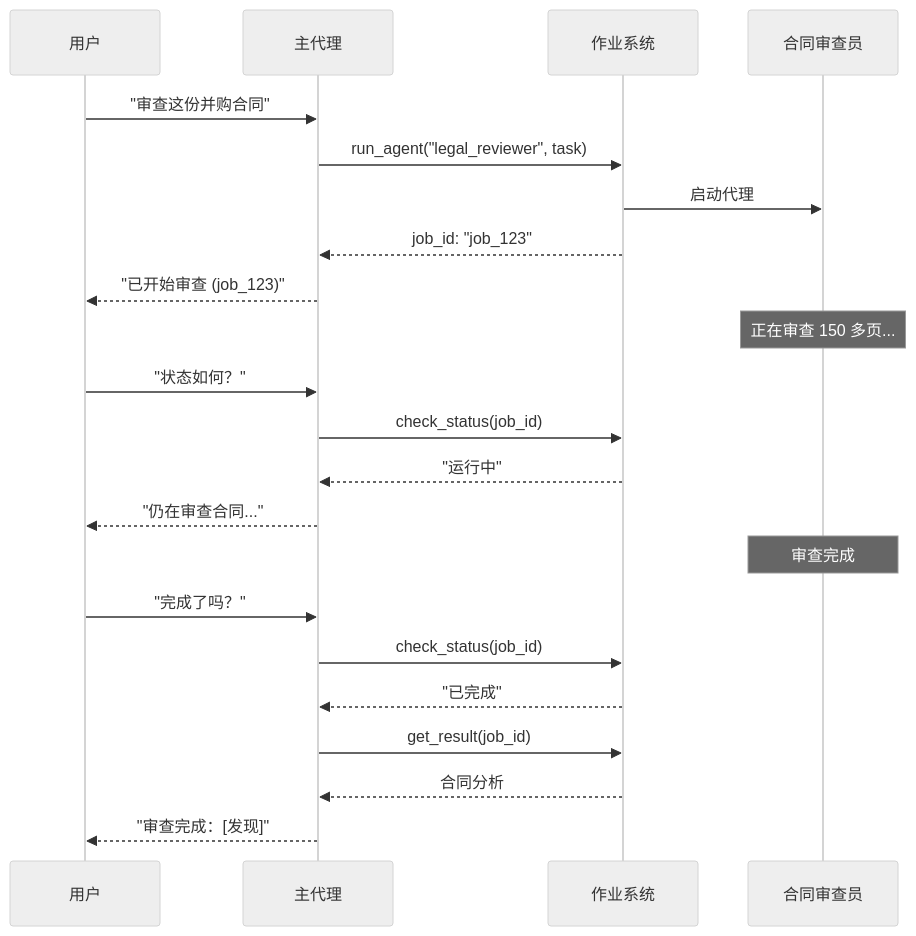
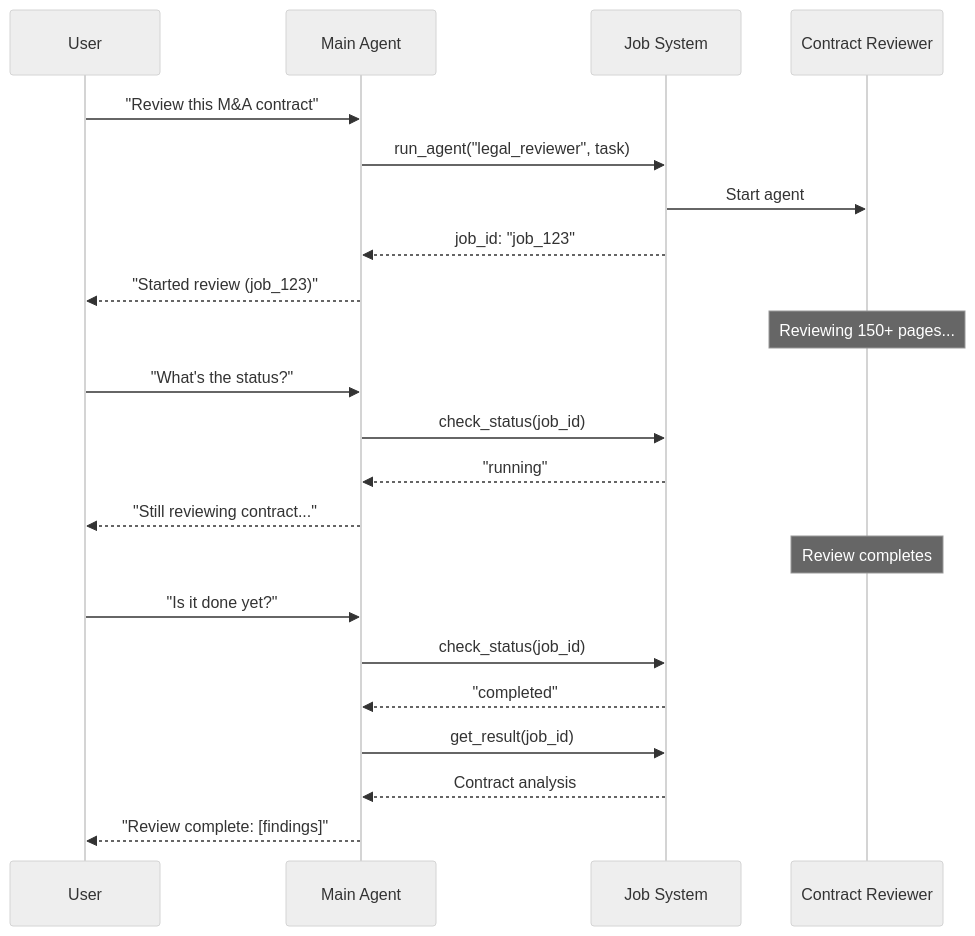
The third of 5 diagrams in oss/javascript/langchain/multi-agent/subagents.mdx (kunfan96/cndocs-langchain), drawn with Mermaid (neutral theme) before and after one commit. The commit also changed other lines of this file and 2538 other files, not shown here.

````diff
--- a/oss/javascript/langchain/multi-agent/subagents.mdx
+++ b/oss/javascript/langchain/multi-agent/subagents.mdx
@@ -139,29 +141,29 @@
 ```mermaid
 sequenceDiagram
-    participant 用户
-    participant 主代理
-    participant 作业系统
-    participant 合同审查员
+    participant User
+    participant Main Agent
+    participant Job System
+    participant Contract Reviewer
 
-    用户->>主代理: "审查这份并购合同"
-    主代理->>作业系统: run_agent("legal_reviewer", task)
-    作业系统->>合同审查员: 启动代理
-    作业系统-->>主代理: job_id: "job_123"
-    主代理-->>用户: "已开始审查 (job_123)"
+    User->>Main Agent: "Review this M&A contract"
+    Main Agent->>Job System: run_agent("legal_reviewer", task)
+    Job System->>Contract Reviewer: Start agent
+    Job System-->>Main Agent: job_id: "job_123"
+    Main Agent-->>User: "Started review (job_123)"
 
-    Note over 合同审查员: 正在审查 150 多页...
+    Note over Contract Reviewer: Reviewing 150+ pages...
 
-    用户->>主代理: "状态如何？"
-    主代理->>作业系统: check_status(job_id)
-    作业系统-->>主代理: "运行中"
-    主代理-->>用户: "仍在审查合同..."
+    User->>Main Agent: "What's the status?"
+    Main Agent->>Job System: check_status(job_id)
+    Job System-->>Main Agent: "running"
+    Main Agent-->>User: "Still reviewing contract..."
 
-    Note over 合同审查员: 审查完成
+    Note over Contract Reviewer: Review completes
 
-    用户->>主代理: "完成了吗？"
-    主代理->>作业系统: check_status(job_id)
-    作业系统-->>主代理: "已完成"
-    主代理->>作业系统: get_result(job_id)
-    作业系统-->>主代理: 合同分析
-    主代理-->>用户: "审查完成：[发现]"
+    User->>Main Agent: "Is it done yet?"
+    Main Agent->>Job System: check_status(job_id)
+    Job System-->>Main Agent: "completed"
+    Main Agent->>Job System: get_result(job_id)
+    Job System-->>Main Agent: Contract analysis
+    Main Agent-->>User: "Review complete: [findings]"
 ```
````
